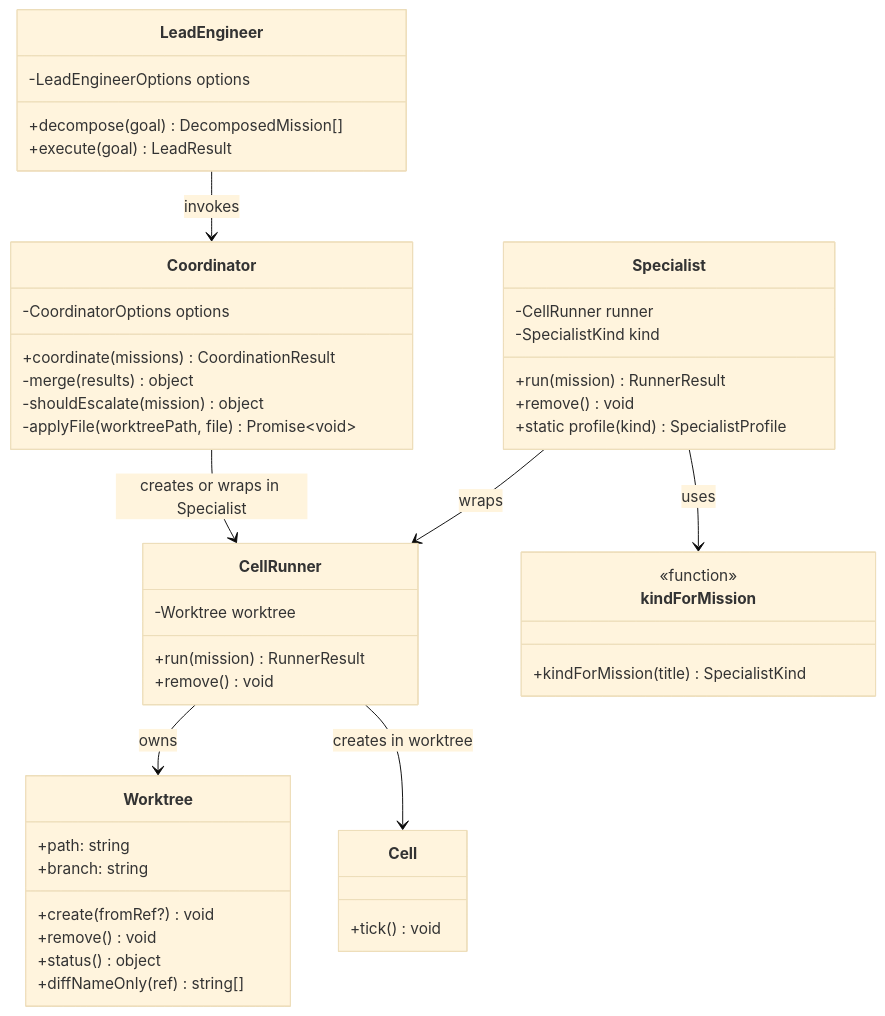
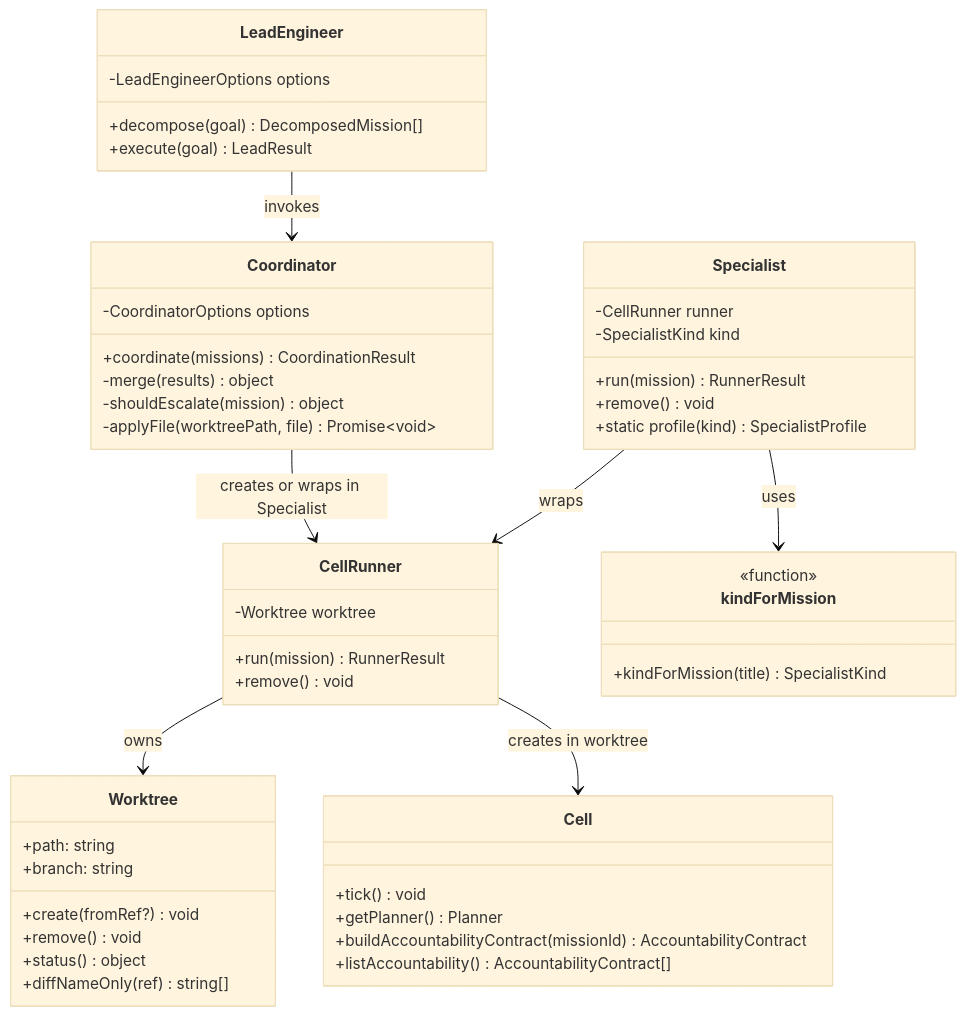
One commit to rajataijarvis-coder/build-long-running-cell changed the fourth of 8 diagrams in docs/CLASS_DIAGRAMS.md. Above: the diagram before and after it, drawn with Mermaid (base theme). The commit also changed other lines of this file and 1 other file, not shown here.

Commit message:
P2.3: review and update sequence and class diagrams for current code

````diff
--- a/docs/CLASS_DIAGRAMS.md
+++ b/docs/CLASS_DIAGRAMS.md
@@ -298,55 +338,58 @@
 ```mermaid
 classDiagram
     class LeadEngineer {
         -LeadEngineerOptions options
         +decompose(goal) DecomposedMission[]
         +execute(goal) LeadResult
     }
 
     class Coordinator {
         -CoordinatorOptions options
         +coordinate(missions) CoordinationResult
         -merge(results) object
         -shouldEscalate(mission) object
         -applyFile(worktreePath, file) Promise~void~
     }
 
     class CellRunner {
         -Worktree worktree
         +run(mission) RunnerResult
         +remove() void
     }
 
     class Specialist {
         -CellRunner runner
         -SpecialistKind kind
         +run(mission) RunnerResult
         +remove() void
         +static profile(kind) SpecialistProfile
     }
 
     class Worktree {
         +path: string
         +branch: string
         +create(fromRef?) void
         +remove() void
         +status() object
         +diffNameOnly(ref) string[]
     }
 
     class Cell {
         +tick() void
+        +getPlanner() Planner
+        +buildAccountabilityContract(missionId) AccountabilityContract
+        +listAccountability() AccountabilityContract[]
     }
 
     class kindForMission {
         <<function>>
         +kindForMission(title) SpecialistKind
     }
 
     LeadEngineer --> Coordinator : invokes
     Coordinator --> CellRunner : creates or wraps in Specialist
     Specialist --> CellRunner : wraps
     Specialist --> kindForMission : uses
     CellRunner --> Worktree : owns
     CellRunner --> Cell : creates in worktree
 ```
````
